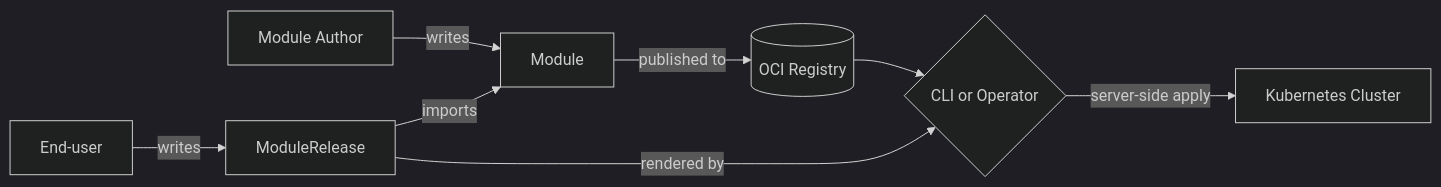
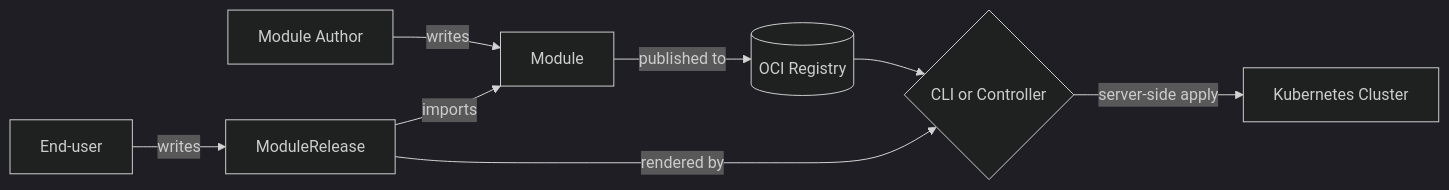
One commit to open-platform-model/opm changed the diagram in docs/legacy/concepts/overview.md. Above: the diagram before and after it, drawn with Mermaid (dark theme). The commit also changed other lines of this file and 18 other files, not shown here.

First line of the commit message:
docs(site): rename the operator to the controller (#47)

````diff
--- a/docs/legacy/concepts/overview.md
+++ b/docs/legacy/concepts/overview.md
@@ -72,10 +72,10 @@
 ```mermaid
 flowchart LR
     A[Module Author] -->|writes| M[Module]
     M -->|published to| R[(OCI Registry)]
     E[End-user] -->|writes| MR[ModuleRelease]
     MR -->|imports| M
-    MR -->|rendered by| C{CLI or Operator}
+    MR -->|rendered by| C{CLI or Controller}
     C -->|server-side apply| K[Kubernetes Cluster]
     R --> C
 ```
````
